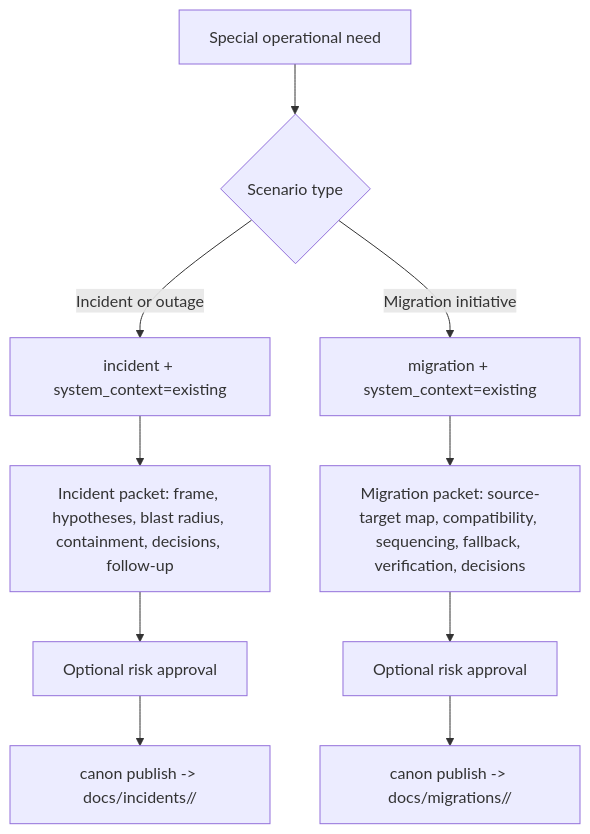
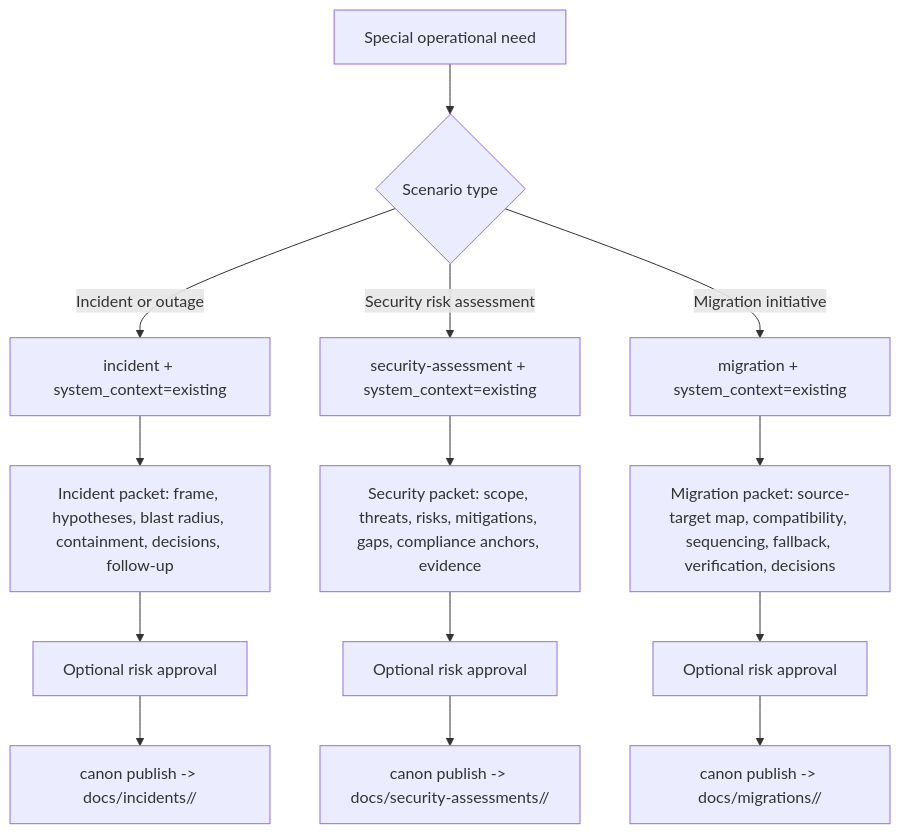
Before and after one commit to apply-the/canon: the fourth of 4 diagrams in docs/guides/modes.md, drawn with Mermaid. The commit also changed other lines of this file and 53 other files, not shown here.

Commit message:
feat(023): add cybersecurity risk assessment mode with governed packet flow

````diff
--- a/docs/guides/modes.md
+++ b/docs/guides/modes.md
@@ -261,14 +264,18 @@
 ```mermaid
 flowchart TD
   A[Special operational need] --> B{Scenario type}
   B -->|Incident or outage| INC[incident + system_context=existing]
+  B -->|Security risk assessment| SEC[security-assessment + system_context=existing]
   B -->|Migration initiative| MIG[migration + system_context=existing]
 
   INC --> I1[Incident packet: frame, hypotheses, blast radius, containment, decisions, follow-up]
+  SEC --> S1[Security packet: scope, threats, risks, mitigations, gaps, compliance anchors, evidence]
   MIG --> M1[Migration packet: source-target map, compatibility, sequencing, fallback, verification, decisions]
 
   I1 --> I2[Optional risk approval]
+  S1 --> S2[Optional risk approval]
   M1 --> M2[Optional risk approval]
   I2 --> IPUB[canon publish -> docs/incidents/<RUN_ID>/]
+  S2 --> SPUB[canon publish -> docs/security-assessments/<RUN_ID>/]
   M2 --> MPUB[canon publish -> docs/migrations/<RUN_ID>/]
 ```
````
